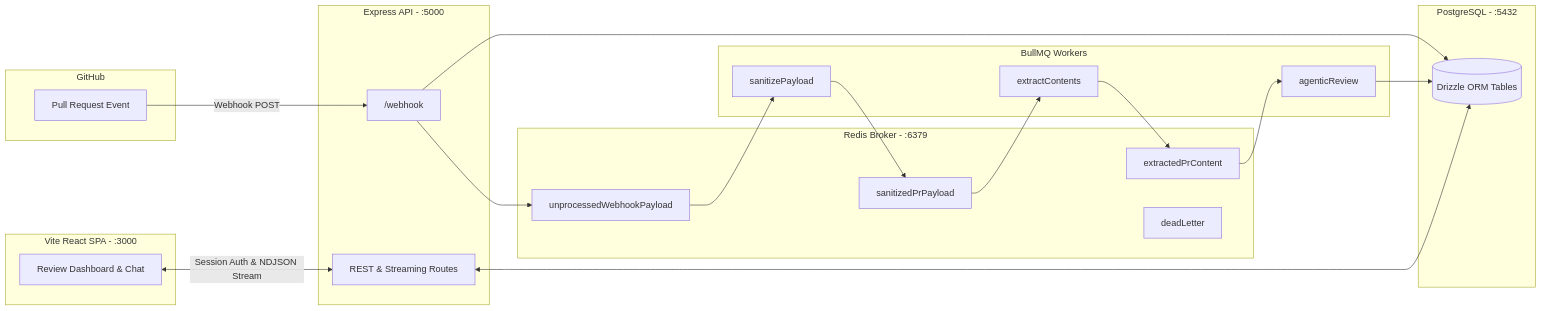
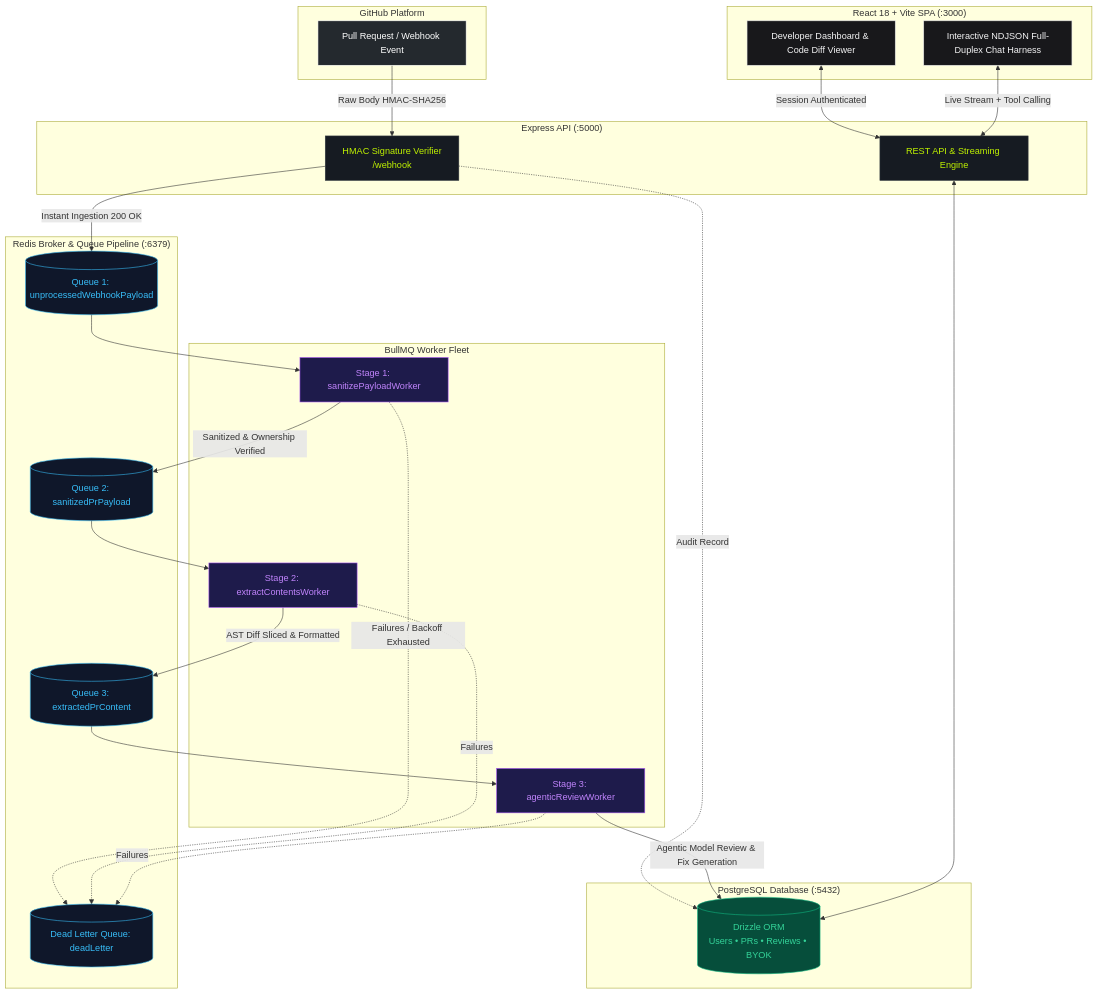
Before and after one commit to dev-hari-prasad/go-better: the diagram in README.md, drawn with Mermaid. The commit also changed other lines of this file and 9 other files, not shown here.

````diff
--- a/README.md
+++ b/README.md
@@ -31,44 +48,60 @@
 ```mermaid
-flowchart LR
-    subgraph GitHub
-        PR[Pull Request Event]
+flowchart TD
+    classDef gh fill:#24292e,stroke:#fff,stroke-width:1px,color:#fff;
+    classDef api fill:#161b22,stroke:#30363d,stroke-width:1px,color:#c0f200;
+    classDef queue fill:#0f172a,stroke:#38bdf8,stroke-width:1px,color:#38bdf8;
+    classDef worker fill:#1e1b4b,stroke:#a855f7,stroke-width:1px,color:#c084fc;
+    classDef db fill:#064e3b,stroke:#10b981,stroke-width:1px,color:#34d399;
+    classDef ui fill:#18181b,stroke:#e4e4e7,stroke-width:1px,color:#f4f4f5;
+
+    subgraph GitHub_Events["GitHub Platform"]
+        PR["Pull Request / Webhook Event"]:::gh
     end
 
-    subgraph Backend [Express API - :5000]
-        WH["/webhook"]
-        API["REST & Streaming Routes"]
+    subgraph Ingestion_Layer["Express API (:5000)"]
+        WH["HMAC Signature Verifier<br/>/webhook"]:::api
+        REST["REST API & Streaming Engine"]:::api
     end
 
-    subgraph Redis [Redis Broker - :6379]
-        Q1[unprocessedWebhookPayload]
-        Q2[sanitizedPrPayload]
-        Q3[extractedPrContent]
-        DLQ[deadLetter]
+    subgraph Queue_Broker["Redis Broker & Queue Pipeline (:6379)"]
+        Q1[("Queue 1: unprocessedWebhookPayload")]:::queue
+        Q2[("Queue 2: sanitizedPrPayload")]:::queue
+        Q3[("Queue 3: extractedPrContent")]:::queue
+        DLQ[("Dead Letter Queue: deadLetter")]:::queue
     end
 
-    subgraph Workers [BullMQ Workers]
-        W1[sanitizePayload]
-        W2[extractContents]
-        W3[agenticReview]
+    subgraph Distributed_Workers["BullMQ Worker Fleet"]
+        W1["Stage 1: sanitizePayloadWorker"]:::worker
+        W2["Stage 2: extractContentsWorker"]:::worker
+        W3["Stage 3: agenticReviewWorker"]:::worker
     end
 
-    subgraph Persistence [PostgreSQL - :5432]
-        DB[(Drizzle ORM Tables)]
+    subgraph Persistence["PostgreSQL Database (:5432)"]
+        DB[("Drizzle ORM<br/>Users &bull; PRs &bull; Reviews &bull; BYOK")]:::db
     end
 
-    subgraph Frontend [Vite React SPA - :3000]
-        UI[Review Dashboard & Chat]
+    subgraph Frontend["React 18 + Vite SPA (:3000)"]
+        DASH["Developer Dashboard & Code Diff Viewer"]:::ui
+        CHAT["Interactive NDJSON Full-Duplex Chat Harness"]:::ui
     end
 
-    PR -->|Webhook POST| WH
-    WH --> DB
-    WH --> Q1
+    PR -->|Raw Body HMAC-SHA256| WH
+    WH -->|Instant Ingestion 200 OK| Q1
+    WH -.->|Audit Record| DB
+
     Q1 --> W1
-    W1 --> Q2
+    W1 -->|Sanitized & Ownership Verified| Q2
+    W1 -.->|Failures / Backoff Exhausted| DLQ
+
     Q2 --> W2
-    W2 --> Q3
+    W2 -->|AST Diff Sliced & Formatted| Q3
+    W2 -.->|Failures| DLQ
+
     Q3 --> W3
-    W3 --> DB
-    UI <-->|Session Auth & NDJSON Stream| API
-    API <--> DB
+    W3 -->|Agentic Model Review & Fix Generation| DB
+    W3 -.->|Failures| DLQ
+
+    DASH <-->|Session Authenticated| REST
+    CHAT <-->|Live Stream + Tool Calling| REST
+    REST <--> DB
 ```
````
